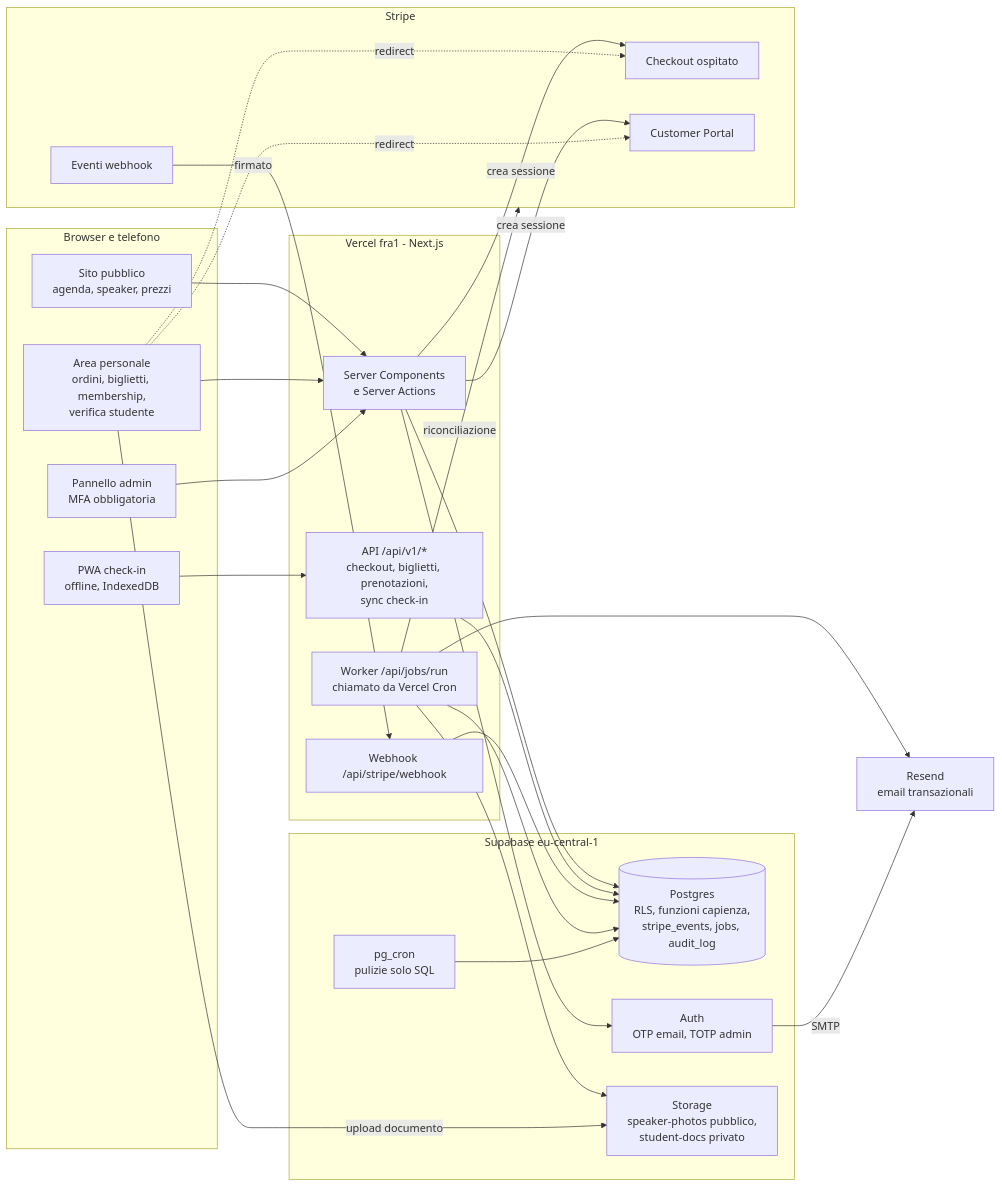
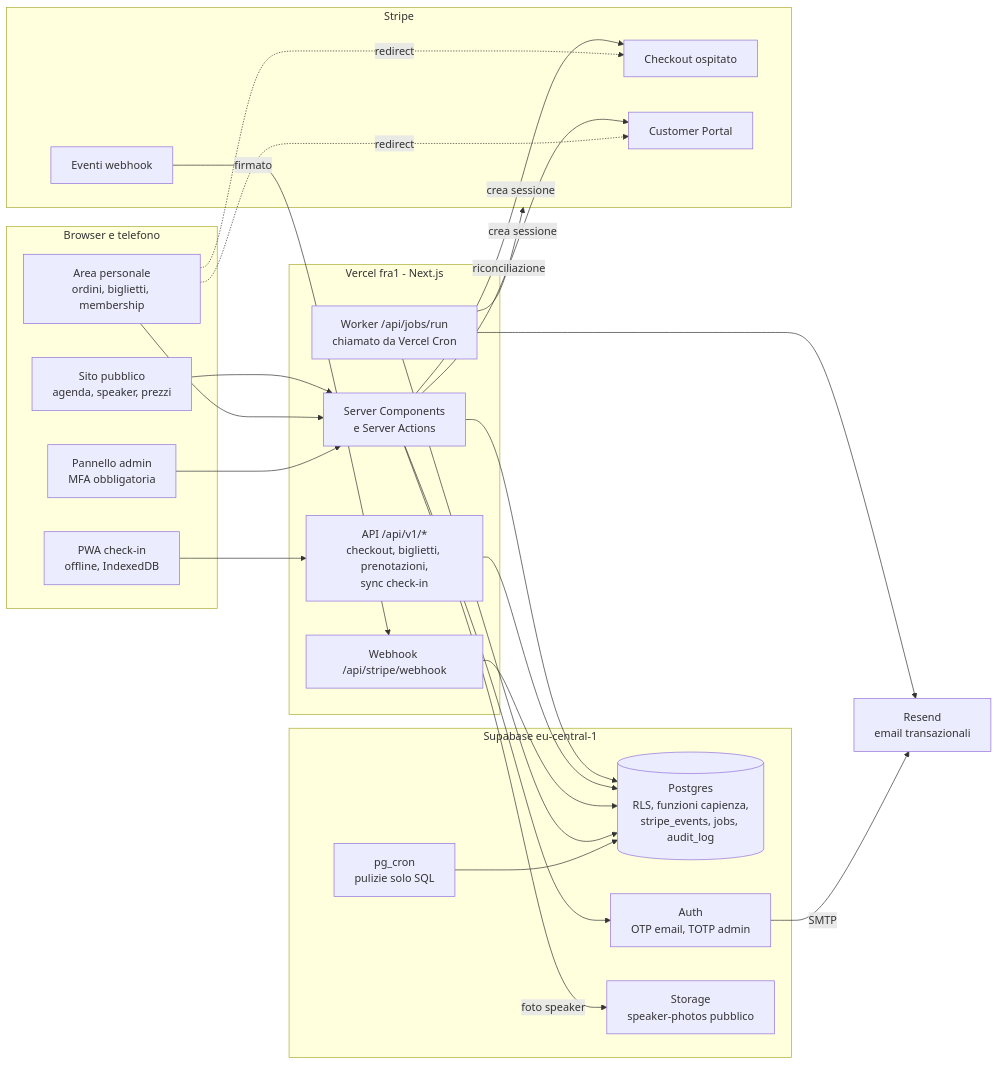
Before and after one commit to julioojospintados/stripe-eventals: the diagram in docs/architettura.md, drawn with Mermaid. The commit also changed other lines of this file and 2 other files, not shown here.

Commit message:
Architettura e schema: tolto il ruolo studente, un solo biglietto a prezzo membro per ordine intestato al membro, pretix scartato

````diff
--- a/docs/architettura.md
+++ b/docs/architettura.md
@@ -65,52 +65,51 @@
 ```mermaid
 flowchart LR
   subgraph Browser["Browser e telefono"]
     V[Sito pubblico<br/>agenda, speaker, prezzi]
-    U[Area personale<br/>ordini, biglietti, membership,<br/>verifica studente]
+    U[Area personale<br/>ordini, biglietti, membership]
     A[Pannello admin<br/>MFA obbligatoria]
     C[PWA check-in<br/>offline, IndexedDB]
   end
 
   subgraph Vercel["Vercel fra1 - Next.js"]
     SSR[Server Components<br/>e Server Actions]
     API[API /api/v1/*<br/>checkout, biglietti, prenotazioni,<br/>sync check-in]
     WH[Webhook /api/stripe/webhook]
     JR[Worker /api/jobs/run<br/>chiamato da Vercel Cron]
   end
 
   subgraph Supabase["Supabase eu-central-1"]
     DB[(Postgres<br/>RLS, funzioni capienza,<br/>stripe_events, jobs, audit_log)]
     AUTH[Auth<br/>OTP email, TOTP admin]
-    ST[Storage<br/>speaker-photos pubblico,<br/>student-docs privato]
+    ST[Storage<br/>speaker-photos pubblico]
     CRON[pg_cron<br/>pulizie solo SQL]
   end
 
   subgraph Stripe
     CO[Checkout ospitato]
     BP[Customer Portal]
     EV[Eventi webhook]
   end
 
   EM[Resend<br/>email transazionali]
 
   V --> SSR
   U --> SSR
   A --> SSR
   C --> API
   SSR --> DB
   SSR --> AUTH
   API --> DB
   SSR -- crea sessione --> CO
   SSR -- crea sessione --> BP
   U -. redirect .-> CO
   U -. redirect .-> BP
   EV -- firmato --> WH
   WH --> DB
   JR --> DB
   JR --> EM
   JR -- riconciliazione --> Stripe
-  JR --> ST
   CRON --> DB
   AUTH -- SMTP --> EM
-  U -- upload documento --> ST
+  SSR -- foto speaker --> ST
 ```
````
